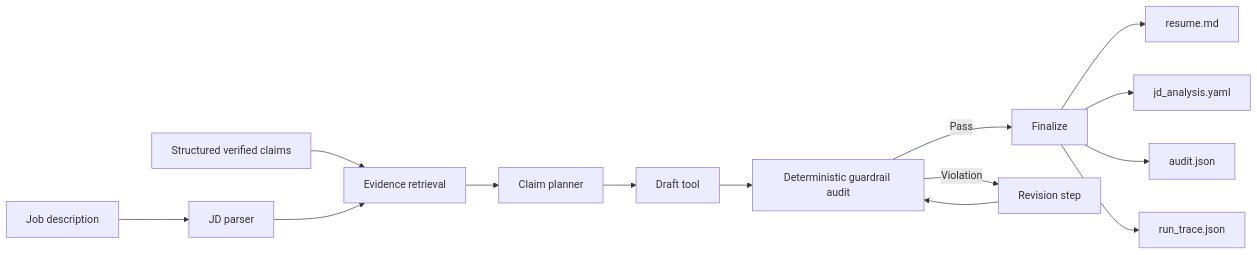
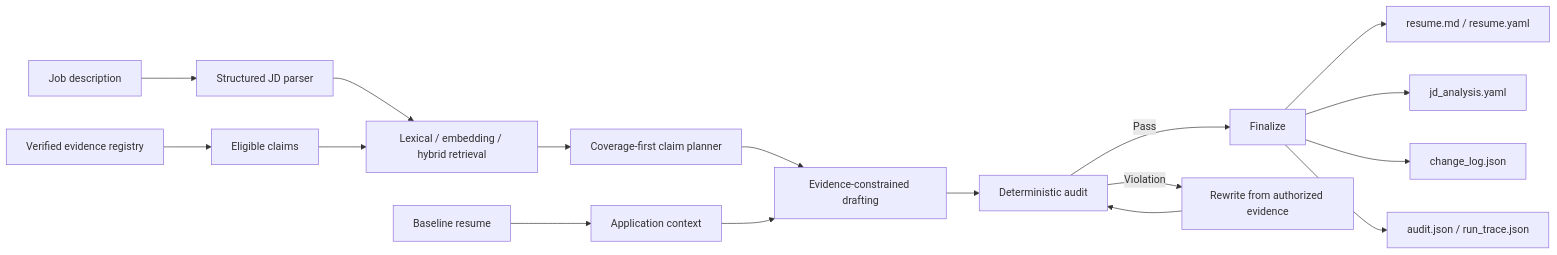
The diagram in README.md (JosieCen/Evidence-grounded_Resume_Tailoring_Agent), drawn with Mermaid before and after one commit. The commit also changed other lines of this file and 50 other files, not shown here.

First line of the commit message:
v0.3: evidence-constrained tailoring and 72-case benchmark

````diff
--- a/README.md
+++ b/README.md
@@ -19,16 +20,19 @@
 ```mermaid
 flowchart LR
-    A[Structured verified claims] --> C[Evidence retrieval]
-    J[Job description] --> B[JD parser]
-    B --> C
-    C --> D[Claim planner]
-    D --> E[Draft tool]
-    E --> F[Deterministic guardrail audit]
-    F -->|Pass| G[Finalize]
-    F -->|Violation| H[Revision step]
-    H --> F
-    G --> I[resume.md]
-    G --> K[jd_analysis.yaml]
-    G --> L[audit.json]
-    G --> M[run_trace.json]
+    P[Verified evidence registry] --> C[Eligible claims]
+    B[Baseline resume] --> D[Application context]
+    J[Job description] --> A[Structured JD parser]
+    A --> R[Lexical / embedding / hybrid retrieval]
+    C --> R
+    R --> S[Coverage-first claim planner]
+    S --> G[Evidence-constrained drafting]
+    D --> G
+    G --> Q[Deterministic audit]
+    Q -->|Pass| F[Finalize]
+    Q -->|Violation| V[Rewrite from authorized evidence]
+    V --> Q
+    F --> O1[resume.md / resume.yaml]
+    F --> O2[jd_analysis.yaml]
+    F --> O3[change_log.json]
+    F --> O4[audit.json / run_trace.json]
 ```
````
